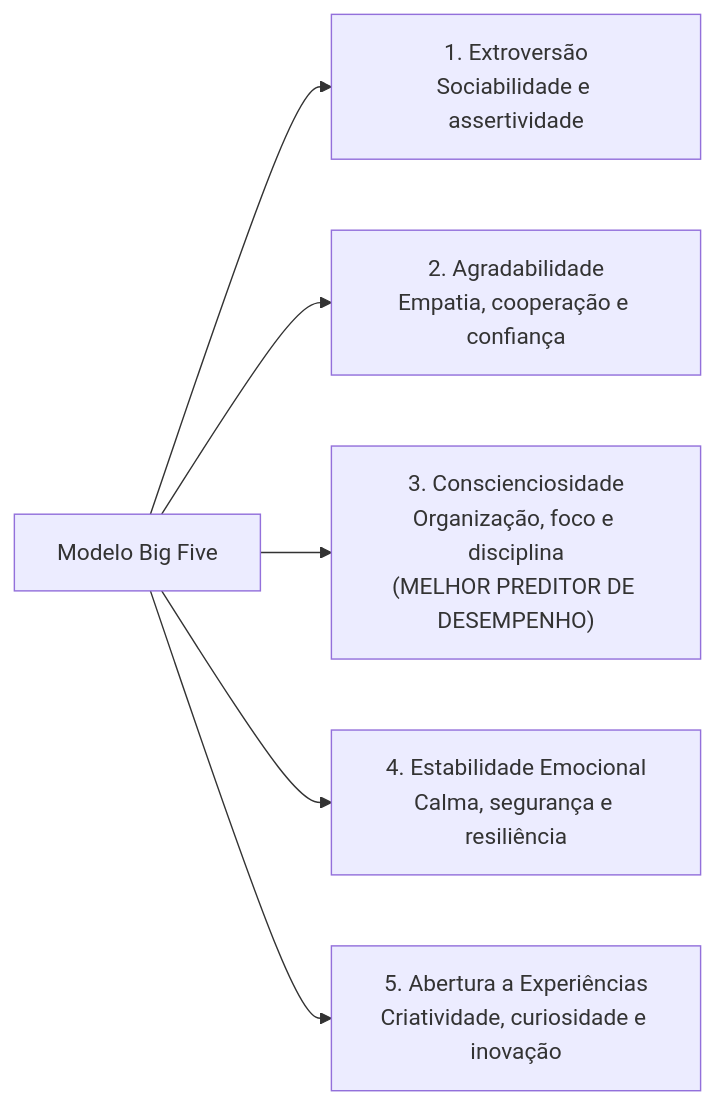
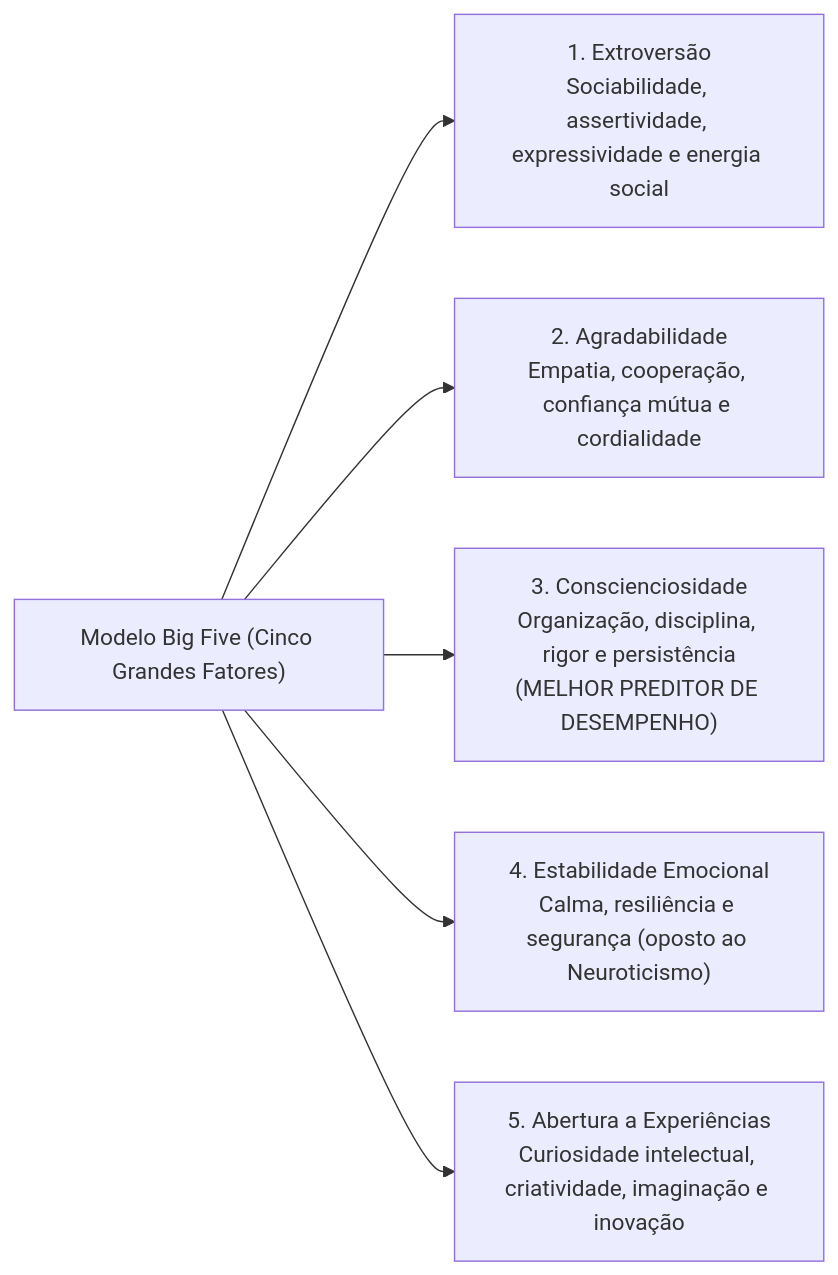
The second of 4 diagrams in fontes_de_estudo/conhecimentos_especificos_a01_tecnico_administrativo/24_comportamento_organizacional/01_individuo_personalidade_valores_atitudes_e_motivacao.md (thiagosantos346/TCE-GO-2027), drawn with Mermaid before and after one commit. The commit also changed other lines of this file and 119 other files, not shown here.

````diff
--- a/fontes_de_estudo/conhecimentos_especificos_a01_tecnico_administrativo/24_comportamento_organizacional/01_individuo_personalidade_valores_atitudes_e_motivacao.md
+++ b/fontes_de_estudo/conhecimentos_especificos_a01_tecnico_administrativo/24_comportamento_organizacional/01_individuo_personalidade_valores_atitudes_e_motivacao.md
@@ -98,10 +70,10 @@
 ```mermaid
 flowchart LR
-    BigFive["Modelo Big Five"]
+    BigFive["Modelo Big Five (Cinco Grandes Fatores)"]
     
-    BigFive --> C1["1. Extroversão<br/>Sociabilidade e assertividade"]
-    BigFive --> C2["2. Agradabilidade<br/>Empatia, cooperação e confiança"]
-    BigFive --> C3["3. Conscienciosidade<br/>Organização, foco e disciplina<br/>(MELHOR PREDITOR DE DESEMPENHO)"]
-    BigFive --> C4["4. Estabilidade Emocional<br/>Calma, segurança e resiliência"]
-    BigFive --> C5["5. Abertura a Experiências<br/>Criatividade, curiosidade e inovação"]
+    BigFive --> C1["1. Extroversão<br/>Sociabilidade, assertividade, expressividade e energia social"]
+    BigFive --> C2["2. Agradabilidade<br/>Empatia, cooperação, confiança mútua e cordialidade"]
+    BigFive --> C3["3. Conscienciosidade<br/>Organização, disciplina, rigor e persistência<br/>(MELHOR PREDITOR DE DESEMPENHO)"]
+    BigFive --> C4["4. Estabilidade Emocional<br/>Calma, resiliência e segurança (oposto ao Neuroticismo)"]
+    BigFive --> C5["5. Abertura a Experiências<br/>Curiosidade intelectual, criatividade, imaginação e inovação"]
 ```
````
